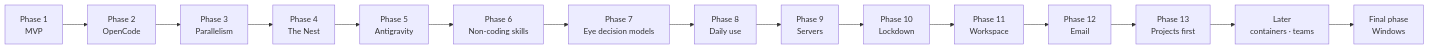
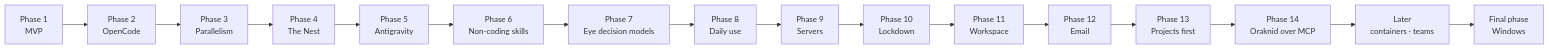
One commit to ABakdi/Oraknid changed the diagram in docs/03-Planning/Roadmap.md. Above: the diagram before and after it, drawn with Mermaid. The commit also changed other lines of this file and 4 other files, not shown here.

Commit message:
docs: Phase 14 and ADR-051 proposed, Oraknid as an MCP server: a command center any agent can hand long work to, steer, and use my GitHub, mail and servers through without secrets

````diff
--- a/docs/03-Planning/Roadmap.md
+++ b/docs/03-Planning/Roadmap.md
@@ -7,17 +7,18 @@
 ```mermaid
 flowchart LR
     P1[Phase 1<br/>MVP] --> P2[Phase 2<br/>OpenCode]
     P2 --> P3[Phase 3<br/>Parallelism]
     P3 --> P4[Phase 4<br/>The Nest]
     P4 --> P5[Phase 5<br/>Antigravity]
     P5 --> P6[Phase 6<br/>Non-coding skills]
     P6 --> P7[Phase 7<br/>Eye decision models]
     P7 --> P8[Phase 8<br/>Daily use]
     P8 --> P9[Phase 9<br/>Servers]
     P9 --> P10[Phase 10<br/>Lockdown]
     P10 --> P11[Phase 11<br/>Workspace]
     P11 --> P12[Phase 12<br/>Email]
     P12 --> P13[Phase 13<br/>Projects first]
-    P13 --> L[Later<br/>containers · teams]
+    P13 --> P14[Phase 14<br/>Oraknid over MCP]
+    P14 --> L[Later<br/>containers · teams]
     L --> W[Final phase<br/>Windows]
 ```
````
